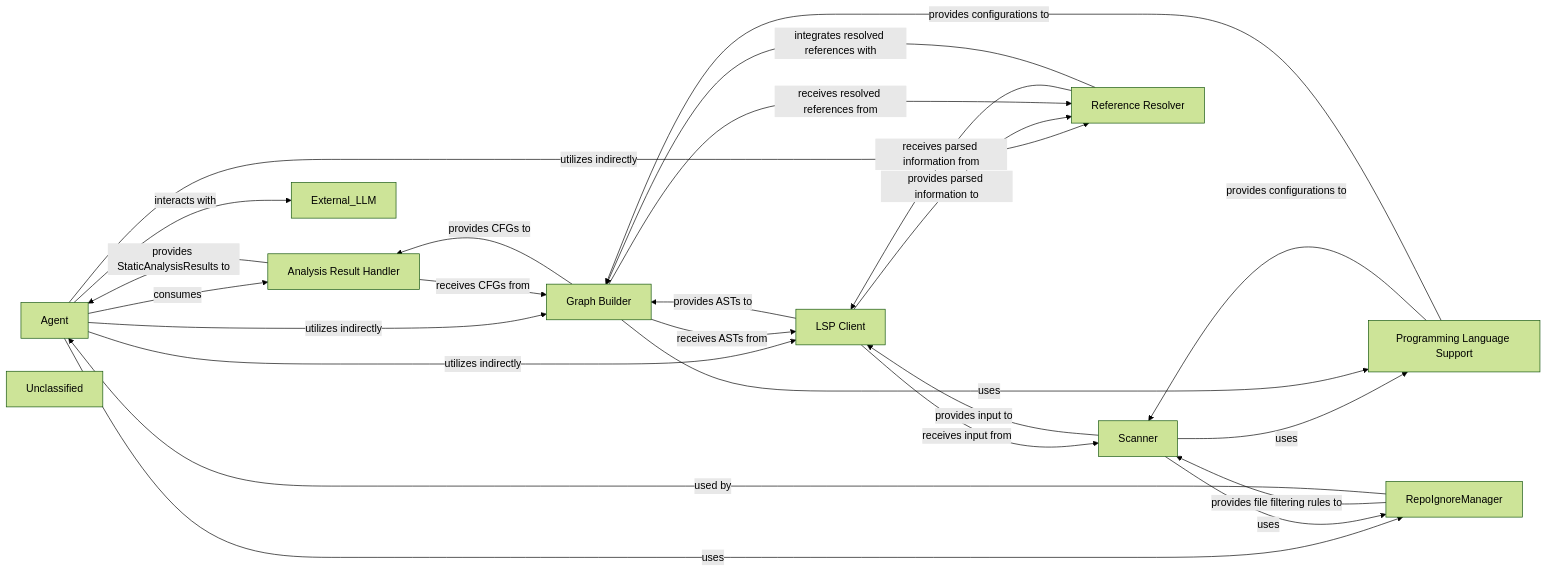
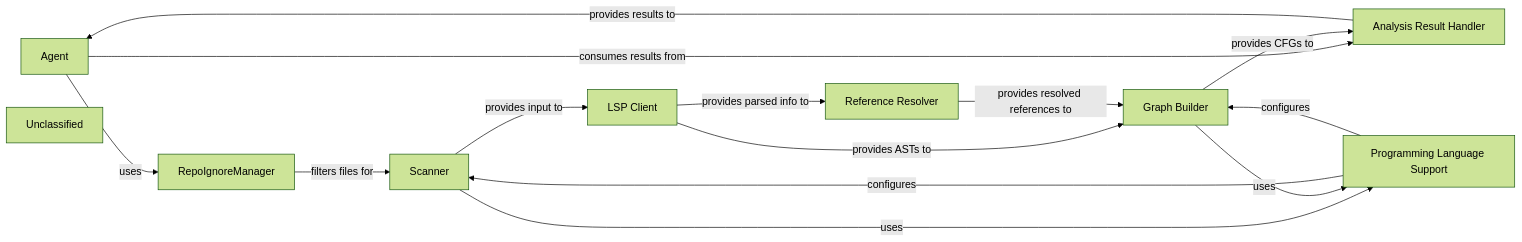
The diagram in .codeboarding/Static_Analysis_Engine.md (CodeBoarding/CodeBoarding), drawn with Mermaid (forest theme) before and after one commit. The commit also changed other lines of this file and 17 other files, not shown here.

First line of the commit message:
docs: update codeboarding documentation and generate architecture

````diff
--- a/.codeboarding/Static_Analysis_Engine.md
+++ b/.codeboarding/Static_Analysis_Engine.md
@@ -1,37 +1,25 @@
 ```mermaid
 graph LR
     Agent["Agent"]
     Scanner["Scanner"]
     LSP_Client["LSP Client"]
     Reference_Resolver["Reference Resolver"]
     Graph_Builder["Graph Builder"]
     Programming_Language_Support["Programming Language Support"]
     Analysis_Result_Handler["Analysis Result Handler"]
     RepoIgnoreManager["RepoIgnoreManager"]
     Unclassified["Unclassified"]
-    Agent -- "consumes" --> Analysis_Result_Handler
-    Agent -- "utilizes indirectly" --> LSP_Client
-    Agent -- "utilizes indirectly" --> Reference_Resolver
-    Agent -- "utilizes indirectly" --> Graph_Builder
-    Agent -- "interacts with" --> External_LLM
+    Analysis_Result_Handler -- "provides results to" --> Agent
+    Agent -- "consumes results from" --> Analysis_Result_Handler
     Agent -- "uses" --> RepoIgnoreManager
     Scanner -- "provides input to" --> LSP_Client
     Scanner -- "uses" --> Programming_Language_Support
-    Scanner -- "uses" --> RepoIgnoreManager
-    LSP_Client -- "receives input from" --> Scanner
+    RepoIgnoreManager -- "filters files for" --> Scanner
     LSP_Client -- "provides ASTs to" --> Graph_Builder
-    LSP_Client -- "provides parsed information to" --> Reference_Resolver
-    Reference_Resolver -- "receives parsed information from" --> LSP_Client
-    Reference_Resolver -- "integrates resolved references with" --> Graph_Builder
-    Graph_Builder -- "receives ASTs from" --> LSP_Client
-    Graph_Builder -- "receives resolved references from" --> Reference_Resolver
+    LSP_Client -- "provides parsed info to" --> Reference_Resolver
+    Reference_Resolver -- "provides resolved references to" --> Graph_Builder
+    Graph_Builder -- "provides CFGs to" --> Analysis_Result_Handler
     Graph_Builder -- "uses" --> Programming_Language_Support
-    Graph_Builder -- "provides CFGs to" --> Analysis_Result_Handler
-    Programming_Language_Support -- "provides configurations to" --> Scanner
-    Programming_Language_Support -- "provides configurations to" --> Graph_Builder
-    Analysis_Result_Handler -- "receives CFGs from" --> Graph_Builder
-    Analysis_Result_Handler -- "provides StaticAnalysisResults to" --> Agent
-    RepoIgnoreManager -- "provides file filtering rules to" --> Scanner
-    RepoIgnoreManager -- "used by" --> Agent
-    click Agent href "https://github.com/CodeBoarding/CodeBoarding/blob/main/.codeboarding/Agent.md" "Details"
+    Programming_Language_Support -- "configures" --> Scanner
+    Programming_Language_Support -- "configures" --> Graph_Builder
 ```
````
